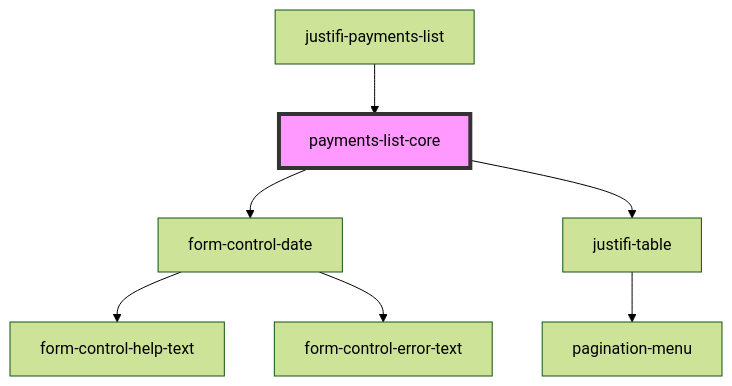
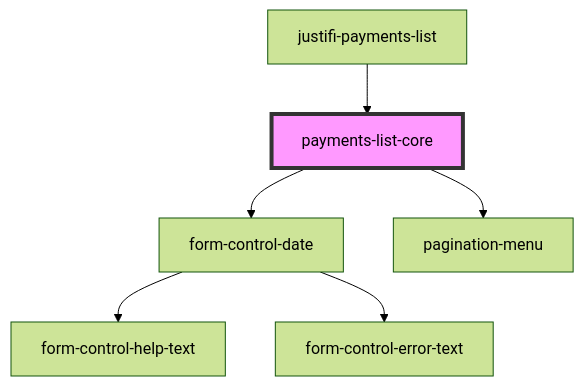
One commit to justifi-tech/web-component-library changed the diagram in packages/webcomponents/src/components/payments-list/readme.md. Above: the diagram before and after it, drawn with Mermaid (forest theme). The commit also changed other lines of this file and 18 other files, not shown here.

First line of the commit message:
Removes the justifi-table component from payments-list (#658)

````diff
--- a/packages/webcomponents/src/components/payments-list/readme.md
+++ b/packages/webcomponents/src/components/payments-list/readme.md
@@ -35,10 +47,9 @@
 ```mermaid
 graph TD;
   payments-list-core --> form-control-date
-  payments-list-core --> justifi-table
+  payments-list-core --> pagination-menu
   form-control-date --> form-control-help-text
   form-control-date --> form-control-error-text
-  justifi-table --> pagination-menu
   justifi-payments-list --> payments-list-core
   style payments-list-core fill:#f9f,stroke:#333,stroke-width:4px
 ```
````
